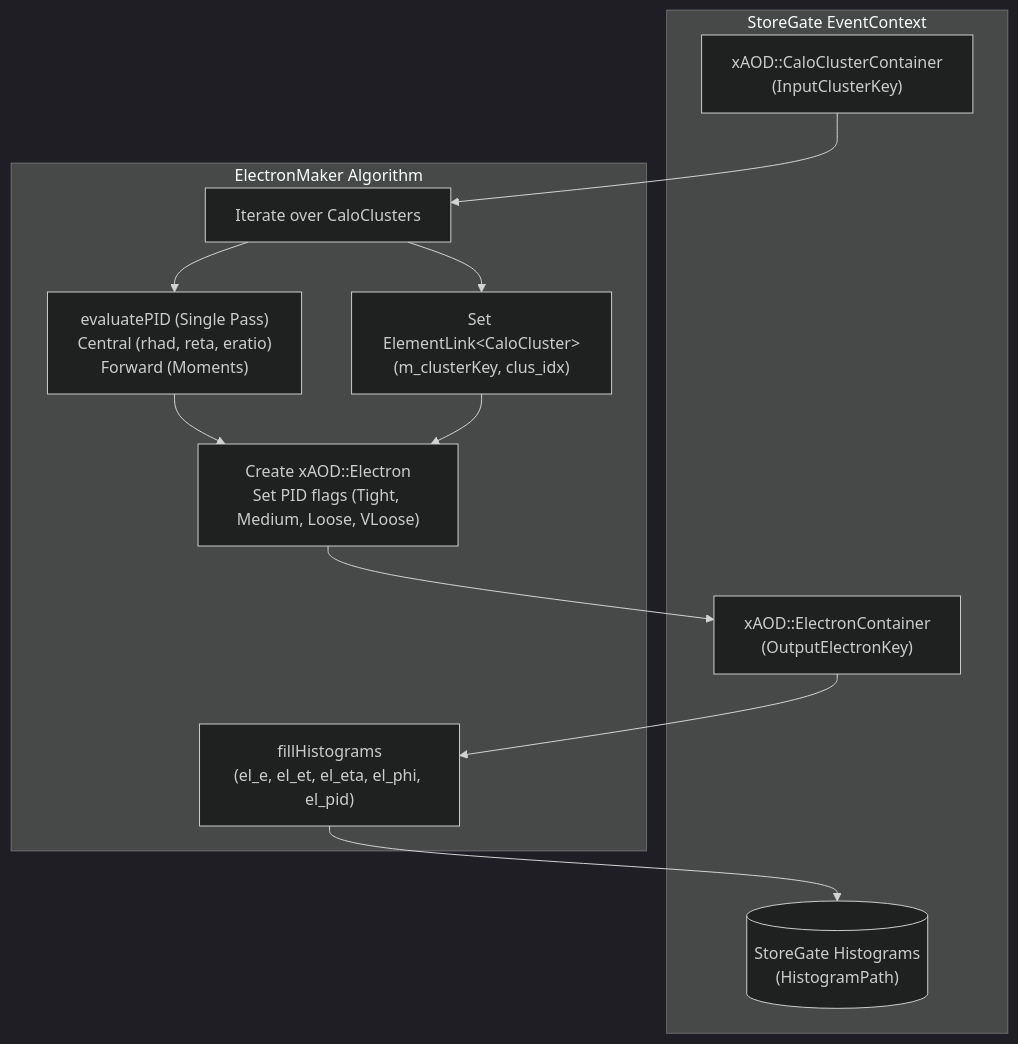
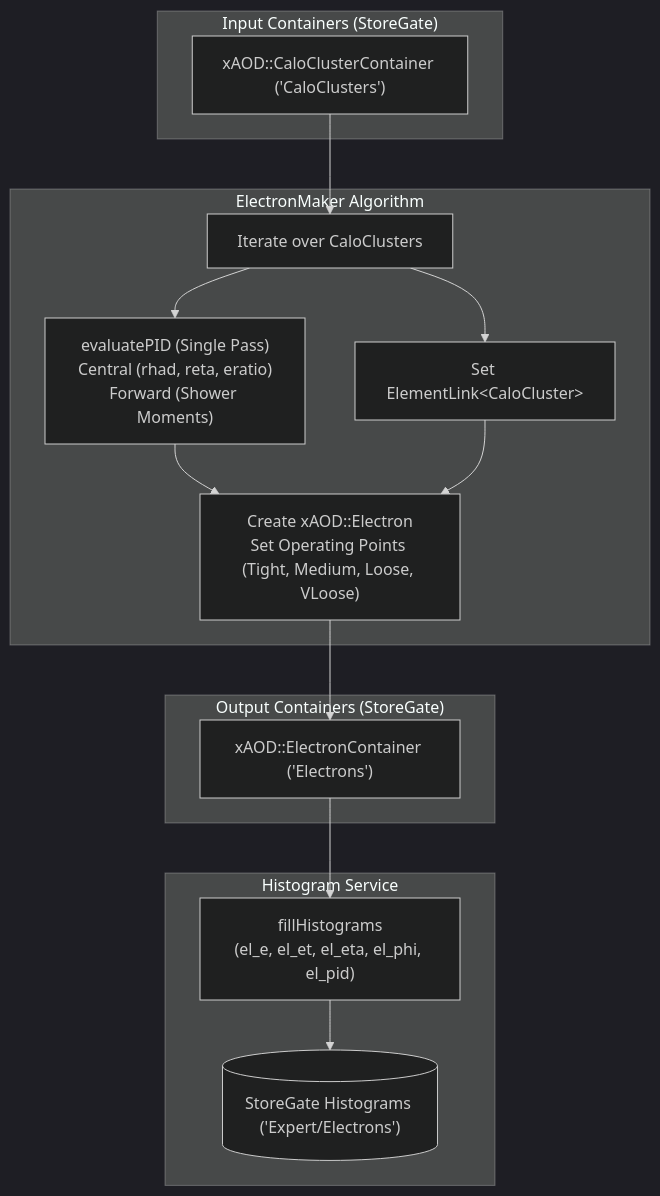
Before and after one commit to lordhsdw999-a11y/lorenzetti: the diagram in reconstruction/physics/EgammaBuilder/README.md, drawn with Mermaid (dark theme). The commit also changed 5 other files, not shown here.

````diff
--- a/reconstruction/physics/EgammaBuilder/README.md
+++ b/reconstruction/physics/EgammaBuilder/README.md
@@ -9,25 +9,31 @@
 ```mermaid
-flowchart TD
-    subgraph StoreGate["StoreGate EventContext"]
-        Clusters["xAOD::CaloClusterContainer<br/>(InputClusterKey)"]
-        Electrons["xAOD::ElectronContainer<br/>(OutputElectronKey)"]
-        Histograms[("StoreGate Histograms<br/>(HistogramPath)")]
+graph TD
+    subgraph Inputs ["Input Containers (StoreGate)"]
+        Clusters["xAOD::CaloClusterContainer ('CaloClusters')"]
     end
 
-    subgraph Algorithm["ElectronMaker Algorithm"]
+    subgraph Identification ["ElectronMaker Algorithm"]
         ClusLoop["Iterate over CaloClusters"]
-        Link["Set ElementLink&lt;CaloCluster&gt;<br/>(m_clusterKey, clus_idx)"]
-        PID["evaluatePID (Single Pass)<br/>Central (rhad, reta, eratio)<br/>Forward (Moments)"]
-        CreateEl["Create xAOD::Electron<br/>Set PID flags (Tight, Medium, Loose, VLoose)"]
+        Link["Set ElementLink&lt;CaloCluster&gt;"]
+        PID["evaluatePID (Single Pass)<br/>Central (rhad, reta, eratio)<br/>Forward (Shower Moments)"]
+        CreateEl["Create xAOD::Electron<br/>Set Operating Points (Tight, Medium, Loose, VLoose)"]
+        ClusLoop --> Link
+        ClusLoop --> PID
+        PID --> CreateEl
+        Link --> CreateEl
+    end
+
+    subgraph Output ["Output Containers (StoreGate)"]
+        Electrons["xAOD::ElectronContainer ('Electrons')"]
+    end
+
+    subgraph Monitoring ["Histogram Service"]
         HistFill["fillHistograms<br/>(el_e, el_et, el_eta, el_phi, el_pid)"]
+        Histograms[("StoreGate Histograms ('Expert/Electrons')")]
+        HistFill --> Histograms
     end
 
     Clusters --> ClusLoop
-    ClusLoop --> Link
-    ClusLoop --> PID
-    PID --> CreateEl
-    Link --> CreateEl
     CreateEl --> Electrons
     Electrons --> HistFill
-    HistFill --> Histograms
 ```
````
